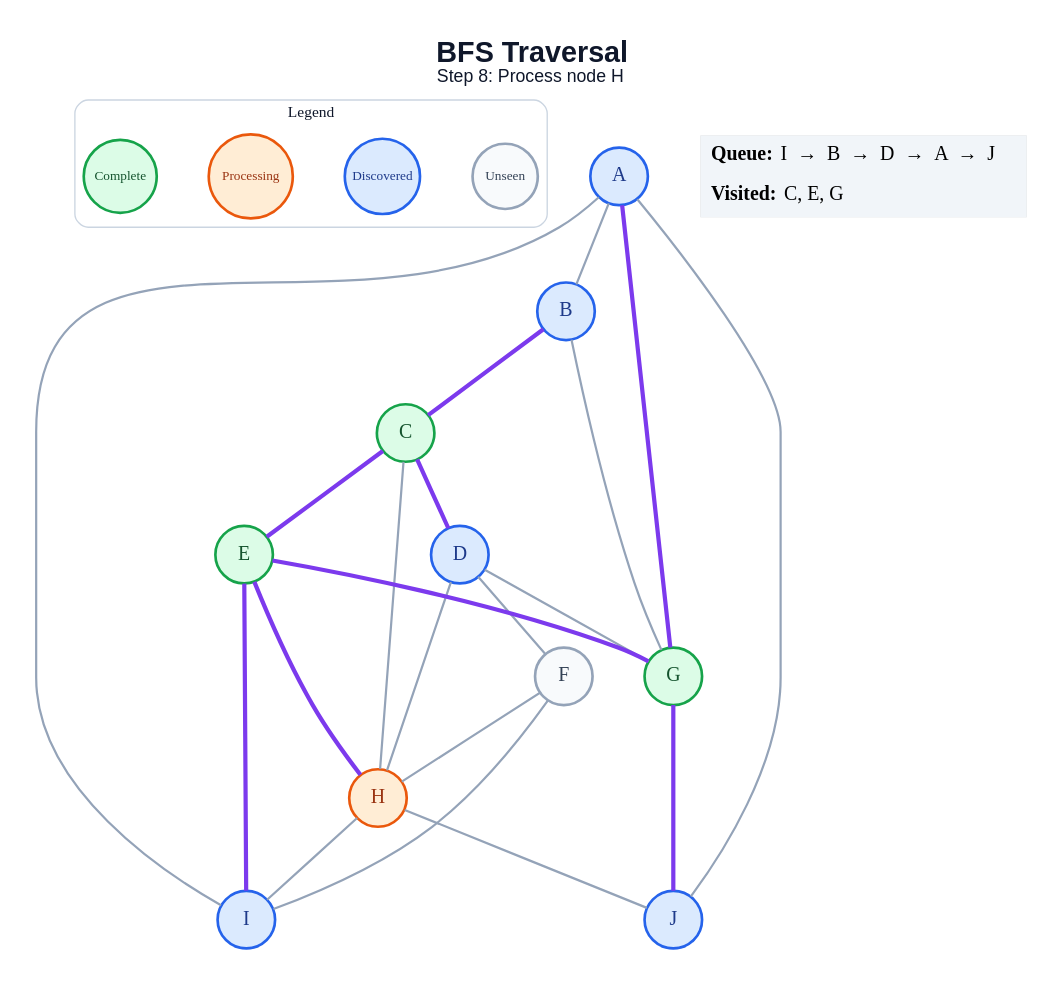
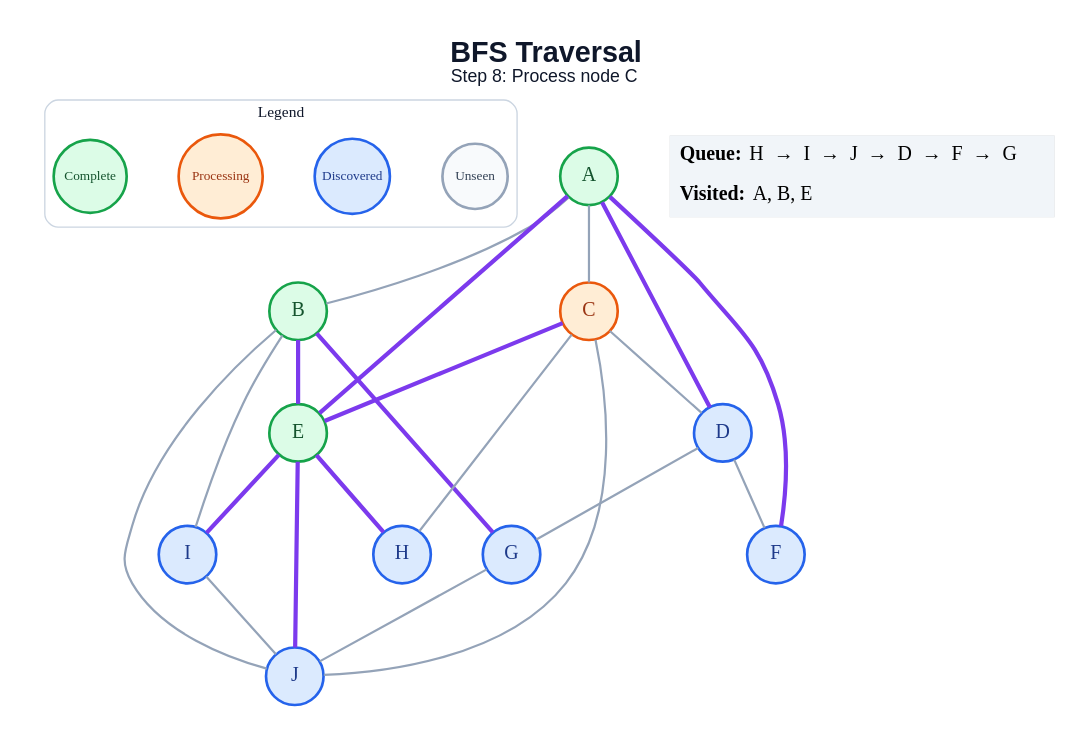
One commit to amanghodawala9/ai-slop changed the diagram in generated/specific-node/bfs/step_08.dot. Above: the diagram before and after it, drawn with Graphviz. The commit also changed 178 other files, not shown here.

```diff
--- a/generated/specific-node/bfs/step_08.dot
+++ b/generated/specific-node/bfs/step_08.dot
@@ -1,49 +1,49 @@
 graph traversal {
   graph [layout=dot, rankdir=TB, bgcolor="#FFFFFF", pad="0.35", nodesep="0.65", ranksep="0.8", fontname="Arial"];
   node [shape=circle, style="filled", fontname="Arial Bold", fontsize=18, width=0.72, fixedsize=true, penwidth=2.4];
   edge [color="#94A3B8", penwidth=2.0];
-  label=<<B>BFS Traversal</B><BR/><FONT POINT-SIZE="16">Step 8: Process node H</FONT>>; labelloc="t"; fontsize=26; fontname="Arial"; fontcolor="#0F172A";
+  label=<<B>BFS Traversal</B><BR/><FONT POINT-SIZE="16">Step 8: Process node C</FONT>>; labelloc="t"; fontsize=26; fontname="Arial"; fontcolor="#0F172A";
   subgraph cluster_legend { label="Legend"; color="#CBD5E1"; penwidth=1.2; style="rounded"; fontsize=14; fontname="Arial Bold";
     key_unseen [label="Unseen", fillcolor="#F8FAFC", color="#94A3B8", fontcolor="#334155", fontsize=12, width=0.82];
     key_frontier [label="Discovered", fillcolor="#DBEAFE", color="#2563EB", fontcolor="#1E3A8A", fontsize=12, width=0.95];
     key_current [label="Processing", fillcolor="#FFEDD5", color="#EA580C", fontcolor="#9A3412", fontsize=12, width=1.05];
     key_done [label="Complete", fillcolor="#DCFCE7", color="#16A34A", fontcolor="#14532D", fontsize=12, width=0.92];
     { rank=same; key_unseen; key_frontier; key_current; key_done; }
   }
-  A [fillcolor="#DBEAFE", color="#2563EB", fontcolor="#1E3A8A"];
-  B [fillcolor="#DBEAFE", color="#2563EB", fontcolor="#1E3A8A"];
-  C [fillcolor="#DCFCE7", color="#16A34A", fontcolor="#14532D"];
+  A [fillcolor="#DCFCE7", color="#16A34A", fontcolor="#14532D"];
+  B [fillcolor="#DCFCE7", color="#16A34A", fontcolor="#14532D"];
+  C [fillcolor="#FFEDD5", color="#EA580C", fontcolor="#9A3412"];
   D [fillcolor="#DBEAFE", color="#2563EB", fontcolor="#1E3A8A"];
   E [fillcolor="#DCFCE7", color="#16A34A", fontcolor="#14532D"];
-  F [fillcolor="#F8FAFC", color="#94A3B8", fontcolor="#334155"];
-  G [fillcolor="#DCFCE7", color="#16A34A", fontcolor="#14532D"];
-  H [fillcolor="#FFEDD5", color="#EA580C", fontcolor="#9A3412"];
+  F [fillcolor="#DBEAFE", color="#2563EB", fontcolor="#1E3A8A"];
+  G [fillcolor="#DBEAFE", color="#2563EB", fontcolor="#1E3A8A"];
+  H [fillcolor="#DBEAFE", color="#2563EB", fontcolor="#1E3A8A"];
   I [fillcolor="#DBEAFE", color="#2563EB", fontcolor="#1E3A8A"];
   J [fillcolor="#DBEAFE", color="#2563EB", fontcolor="#1E3A8A"];
   A -- B;
-  A -- G [color="#7C3AED", penwidth=3.8];
-  A -- I;
-  A -- J;
-  B -- C [color="#7C3AED", penwidth=3.8];
-  B -- G;
-  C -- D [color="#7C3AED", penwidth=3.8];
+  A -- C;
+  A -- D [color="#7C3AED", penwidth=3.8];
+  A -- E [color="#7C3AED", penwidth=3.8];
+  A -- F [color="#7C3AED", penwidth=3.8];
+  B -- E [color="#7C3AED", penwidth=3.8];
+  B -- G [color="#7C3AED", penwidth=3.8];
+  B -- I;
+  B -- J;
+  C -- D;
   C -- E [color="#7C3AED", penwidth=3.8];
   C -- H;
+  C -- J;
   D -- F;
   D -- G;
-  D -- H;
-  E -- G [color="#7C3AED", penwidth=3.8];
   E -- H [color="#7C3AED", penwidth=3.8];
   E -- I [color="#7C3AED", penwidth=3.8];
-  F -- H;
-  F -- I;
-  G -- J [color="#7C3AED", penwidth=3.8];
-  H -- I;
-  H -- J;
+  E -- J [color="#7C3AED", penwidth=3.8];
+  G -- J;
+  I -- J;
   status [shape=plain, fixedsize=false, width=0, height=0, margin=0, label=<
     <TABLE BORDER="0" CELLBORDER="0" CELLPADDING="7" BGCOLOR="#F1F5F9">
-      <TR><TD ALIGN="LEFT"><B>Queue:</B> I  →  B  →  D  →  A  →  J</TD></TR>
-      <TR><TD ALIGN="LEFT"><B>Visited:</B> C, E, G</TD></TR>
+      <TR><TD ALIGN="LEFT"><B>Queue:</B> H  →  I  →  J  →  D  →  F  →  G</TD></TR>
+      <TR><TD ALIGN="LEFT"><B>Visited:</B> A, B, E</TD></TR>
     </TABLE>
   >];
 }
```
